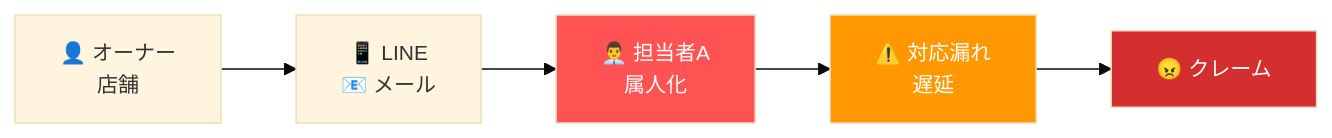
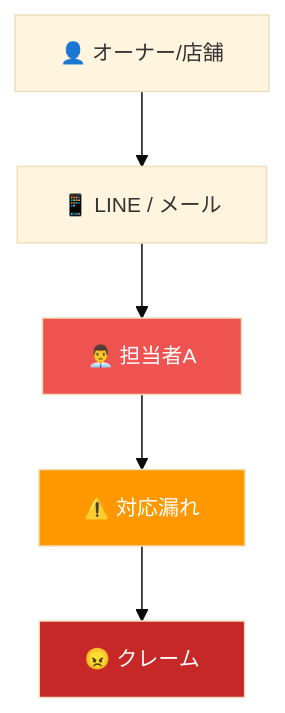
The third of 15 diagrams in docs/FITPLACE_LARK_PROPOSAL.md (PLark-droid/lark-proposal), drawn with Mermaid before and after one commit. The commit also changed other lines of this file, not shown here.

First line of the commit message:
docs: redesign Mermaid diagrams for A4 portrait layout

````diff
--- a/docs/FITPLACE_LARK_PROPOSAL.md
+++ b/docs/FITPLACE_LARK_PROPOSAL.md
@@ -102,12 +127,16 @@
 ```mermaid
-%%{init: {'theme': 'base', 'themeVariables': { 'fontSize': '14px'}}}%%
-flowchart LR
-    A["👤 オーナー\n店舗"] --> B["📱 LINE\n📧 メール"]
-    B --> C["👨‍💼 担当者A\n属人化"]
-    C --> D["⚠️ 対応漏れ\n遅延"]
-    D --> E["😠 クレーム"]
+%%{init: {'theme': 'base', 'themeVariables': {'fontSize': '14px'}}}%%
+flowchart TB
+    A["👤 オーナー/店舗"]
+    B["📱 LINE / メール"]
+    C["👨‍💼 担当者A"]
+    D["⚠️ 対応漏れ"]
+    E["😠 クレーム"]
 
-    style C fill:#ff5252,color:#fff
+    A --> B --> C
+    C --> D --> E
+
+    style C fill:#ef5350,color:#fff
     style D fill:#ff9800,color:#fff
-    style E fill:#d32f2f,color:#fff
+    style E fill:#c62828,color:#fff
 ```
````
